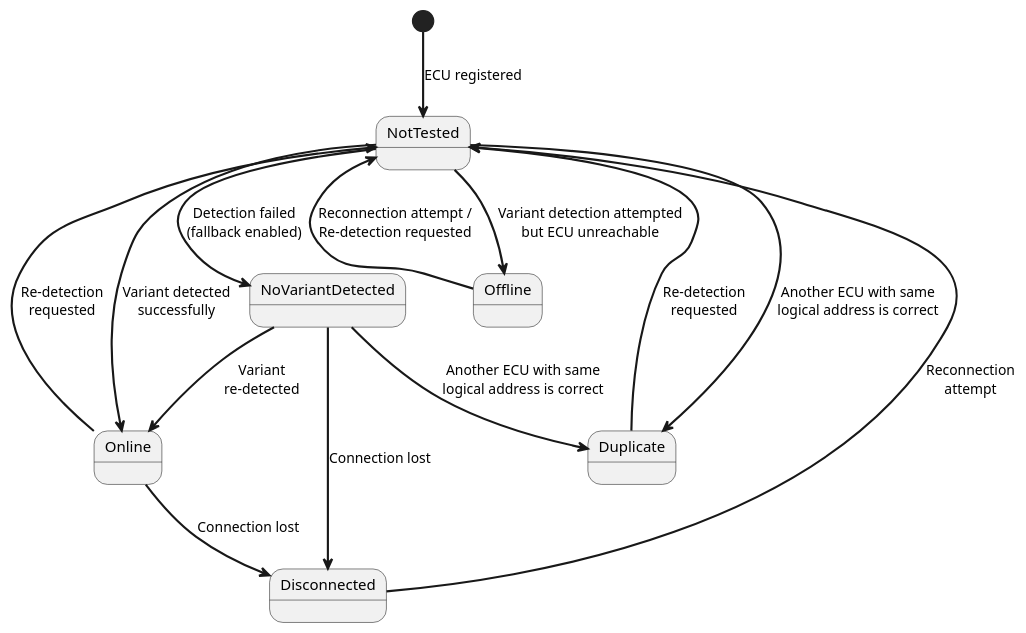
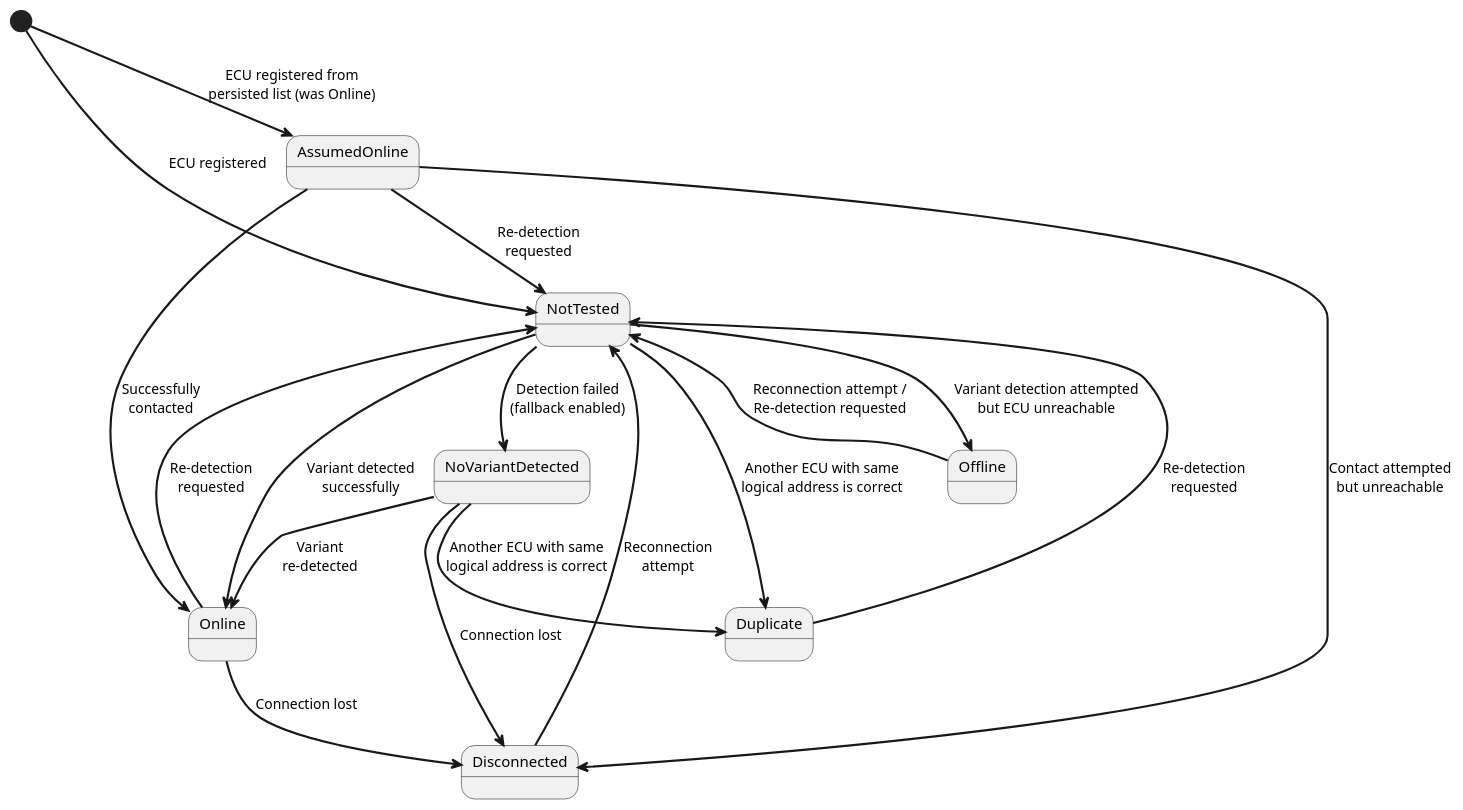
The second of 2 diagrams in docs/02_requirements/03_diagnostic_tester.rst (eclipse-opensovd/classic-diagnostic-adapter), drawn with PlantUML before and after one commit. The commit also changed other lines of this file and 6 other files, not shown here.

First line of the commit message:
docs: add ECU list persistence, startup/detection modes, and VAM handling requirements

```diff
--- a/docs/02_requirements/03_diagnostic_tester.rst
+++ b/docs/02_requirements/03_diagnostic_tester.rst
@@ -288,45 +301,53 @@
     .. uml::
         :caption: ECU State Chart
 
         @startuml
         skinparam backgroundColor #FFFFFF
         skinparam stateArrowThickness 2
 
         [*] --> NotTested : ECU registered
+        [*] --> AssumedOnline : ECU registered from\npersisted list (was Online)
 
         state NotTested {
         }
 
         state Online {
+        }
+
+        state AssumedOnline {
         }
 
         state NoVariantDetected {
         }
 
         state Duplicate {
         }
 
         state Offline {
         }
 
         state Disconnected {
         }
 
         NotTested --> Online : Variant detected\nsuccessfully
         NotTested --> NoVariantDetected : Detection failed\n(fallback enabled)
         NotTested --> Duplicate : Another ECU with same\nlogical address is correct
         NotTested --> Offline : Variant detection attempted\nbut ECU unreachable
 
         Offline --> NotTested : Reconnection attempt /\nRe-detection requested
 
         Online --> Disconnected : Connection lost
         Online --> NotTested : Re-detection\nrequested
 
+        AssumedOnline --> Online : Successfully\ncontacted
+        AssumedOnline --> Disconnected : Contact attempted\nbut unreachable
+        AssumedOnline --> NotTested : Re-detection\nrequested
+
         NoVariantDetected --> Online : Variant\nre-detected
         NoVariantDetected --> Duplicate : Another ECU with same\nlogical address is correct
         NoVariantDetected --> Disconnected : Connection lost
 
         Duplicate --> NotTested : Re-detection\nrequested
 
         Disconnected --> NotTested : Reconnection\nattempt
         @enduml
```
